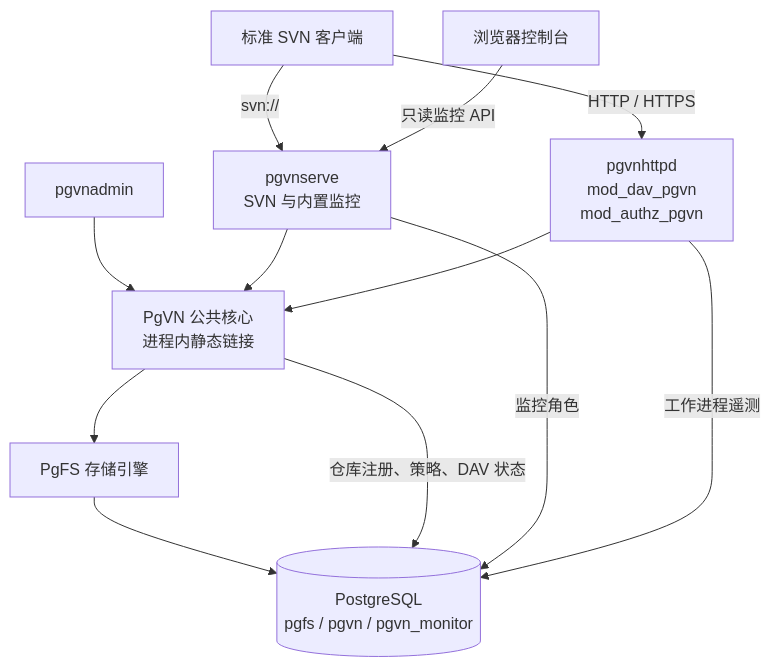
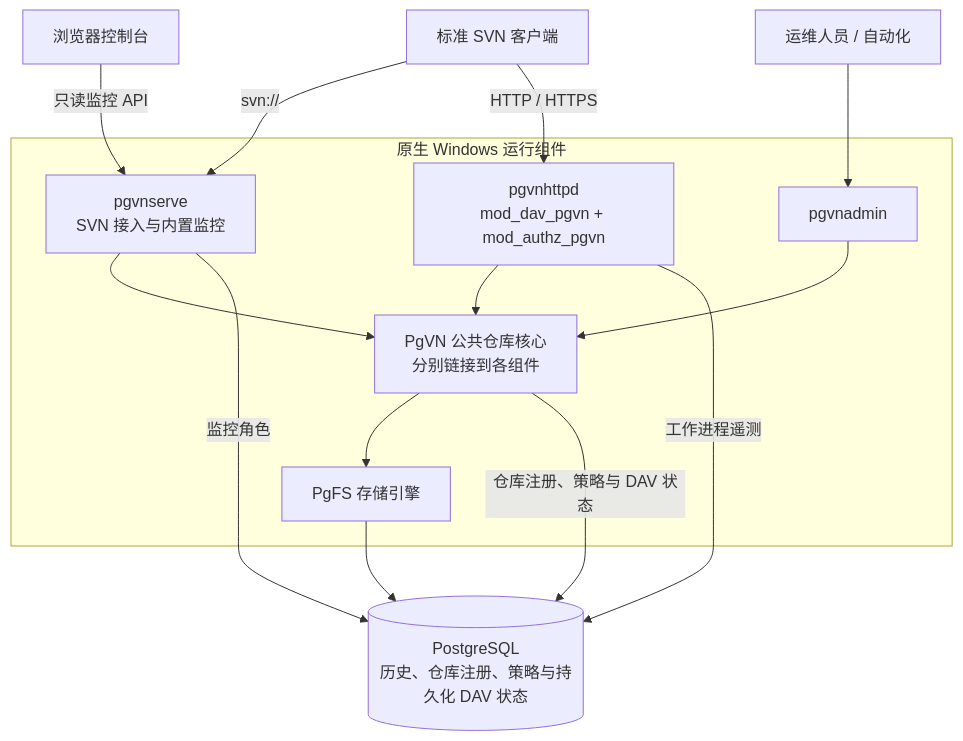
The diagram in README.zh-CN.md (qistchan/pgvn), drawn with Mermaid before and after one commit. The commit also changed other lines of this file and 1 other file, not shown here.

````diff
--- a/README.zh-CN.md
+++ b/README.zh-CN.md
@@ -78,14 +82,27 @@
 ```mermaid
 flowchart TB
-    SVN["标准 SVN 客户端"] -->|"svn://"| SERVE["pgvnserve<br/>SVN 与内置监控"]
-    SVN -->|"HTTP / HTTPS"| DAV["pgvnhttpd<br/>mod_dav_pgvn<br/>mod_authz_pgvn"]
-    ADMIN["pgvnadmin"] --> CORE
-    SERVE --> CORE["PgVN 公共核心<br/>进程内静态链接"]
-    DAV --> CORE
-    CORE --> FS["PgFS 存储引擎"]
-    FS --> PG[("PostgreSQL<br/>pgfs / pgvn / pgvn_monitor")]
-    CORE -->|"仓库注册、策略、DAV 状态"| PG
-    WEB["浏览器控制台"] -->|"只读监控 API"| SERVE
+    CLIENT["标准 SVN 客户端"]
+    WEB["浏览器控制台"]
+    OPERATOR["运维人员 / 自动化"]
+
+    subgraph RUNTIME["原生 Windows 运行组件"]
+        SERVE["pgvnserve<br/>SVN 接入与内置监控"]
+        DAV["pgvnhttpd<br/>mod_dav_pgvn + mod_authz_pgvn"]
+        ADMIN["pgvnadmin"]
+        CORE["PgVN 公共仓库核心<br/>分别链接到各组件"]
+        FS["PgFS 存储引擎"]
+        SERVE --> CORE
+        DAV --> CORE
+        ADMIN --> CORE
+        CORE --> FS
+    end
+
+    CLIENT -->|"svn://"| SERVE
+    CLIENT -->|"HTTP / HTTPS"| DAV
+    WEB -->|"只读监控 API"| SERVE
+    OPERATOR --> ADMIN
+    FS --> PG[("PostgreSQL<br/>历史、仓库注册、策略与持久化 DAV 状态")]
+    CORE -->|"仓库注册、策略与 DAV 状态"| PG
     SERVE -->|"监控角色"| PG
     DAV -->|"工作进程遥测"| PG
 ```
````
